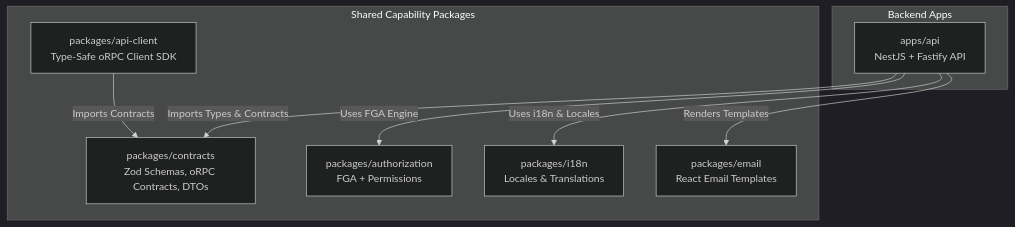
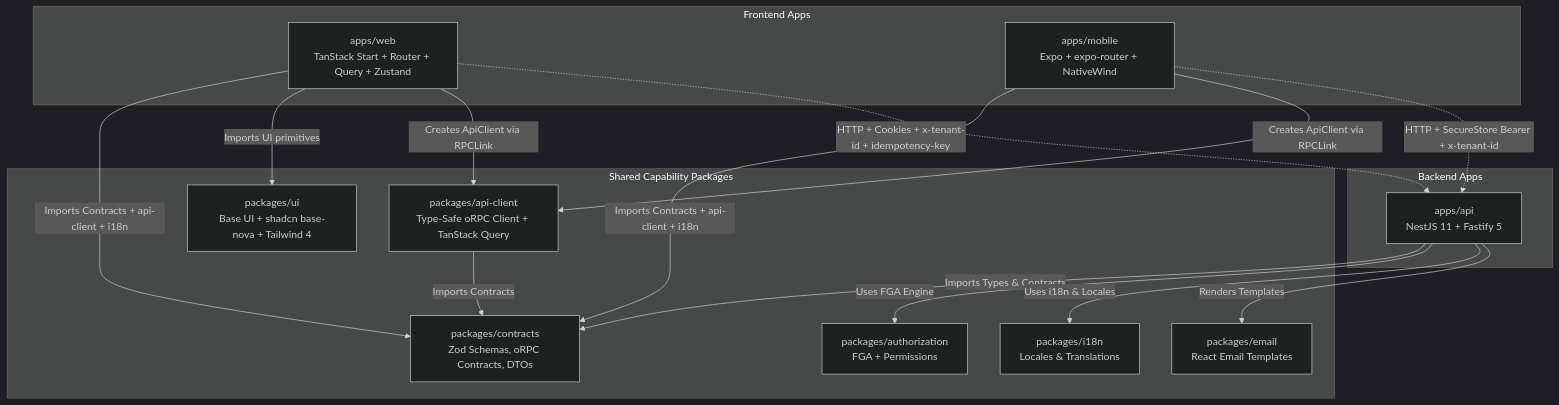
The first of 3 diagrams in ARCHITECTURE.md (ihssmaheel-dev/modular-monolith-architecture), drawn with Mermaid (dark theme) before and after one commit. The commit also changed other lines of this file and 152 other files, not shown here.

First line of the commit message:
feat(web,mobile,ui): wire TanStack Start + Expo + Base UI modular monolith — production-hardened boilerplate

````diff
--- a/ARCHITECTURE.md
+++ b/ARCHITECTURE.md
@@ -15,20 +15,34 @@
 ```mermaid
 graph TD
+    subgraph Frontend Apps
+        Web[apps/web<br>TanStack Start + Router + Query + Zustand]
+        Mobile[apps/mobile<br>Expo + expo-router + NativeWind]
+    end
+
     subgraph Backend Apps
-        A[apps/api<br>NestJS + Fastify API]
+        A[apps/api<br>NestJS 11 + Fastify 5]
     end
 
     subgraph Shared Capability Packages
         S[packages/contracts<br>Zod Schemas, oRPC Contracts, DTOs]
         AuthZ[packages/authorization<br>FGA + Permissions]
         I18N[packages/i18n<br>Locales & Translations]
-        Client[packages/api-client<br>Type-Safe oRPC Client SDK]
+        Client[packages/api-client<br>Type-Safe oRPC Client + TanStack Query]
+        UI[packages/ui<br>Base UI + shadcn base-nova + Tailwind 4]
         Email[packages/email<br>React Email Templates]
     end
 
     A -->|Imports Types & Contracts| S
     A -->|Uses FGA Engine| AuthZ
     A -->|Uses i18n & Locales| I18N
     A -->|Renders Templates| Email
     Client -->|Imports Contracts| S
+    Web -->|Imports Contracts + api-client + i18n| S
+    Web -->|Imports UI primitives| UI
+    Web -->|Creates ApiClient via RPCLink| Client
+    Mobile -->|Imports Contracts + api-client + i18n| S
+    Mobile -->|Creates ApiClient via RPCLink| Client
+
+    Web -.->|HTTP + Cookies + x-tenant-id + idempotency-key| A
+    Mobile -.->|HTTP + SecureStore Bearer + x-tenant-id| A
 ```
````
